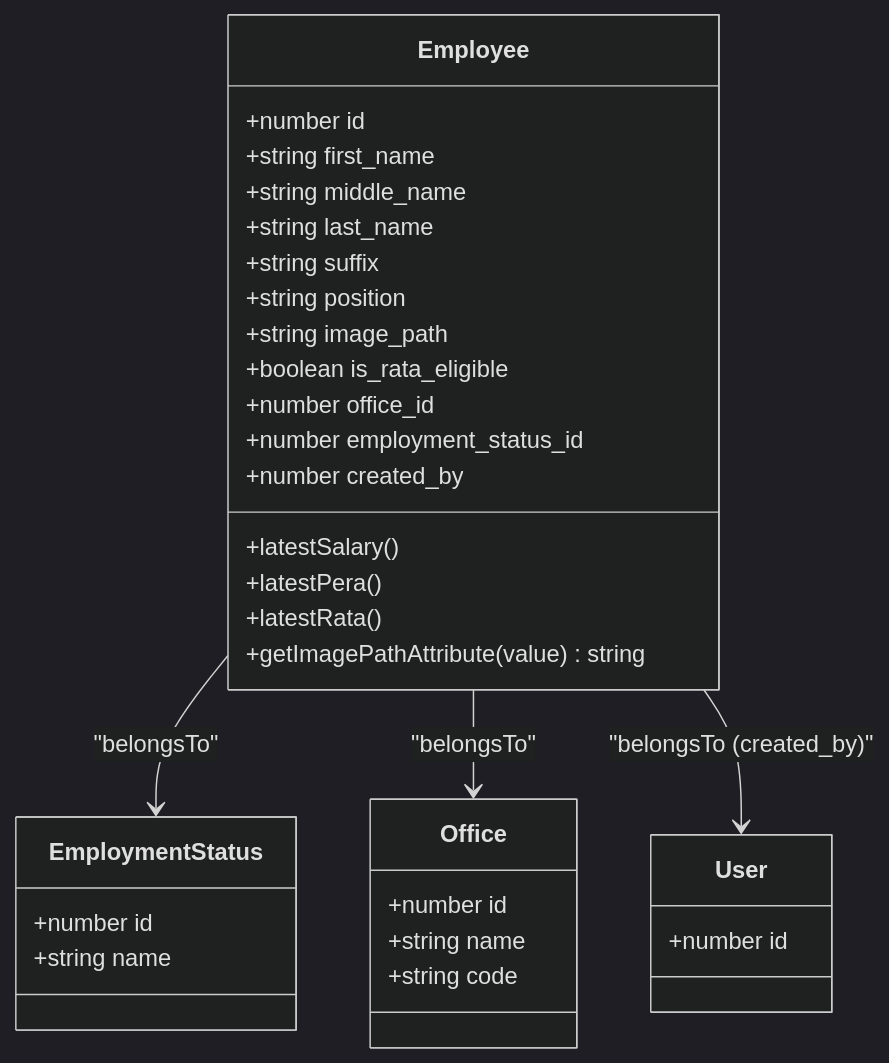
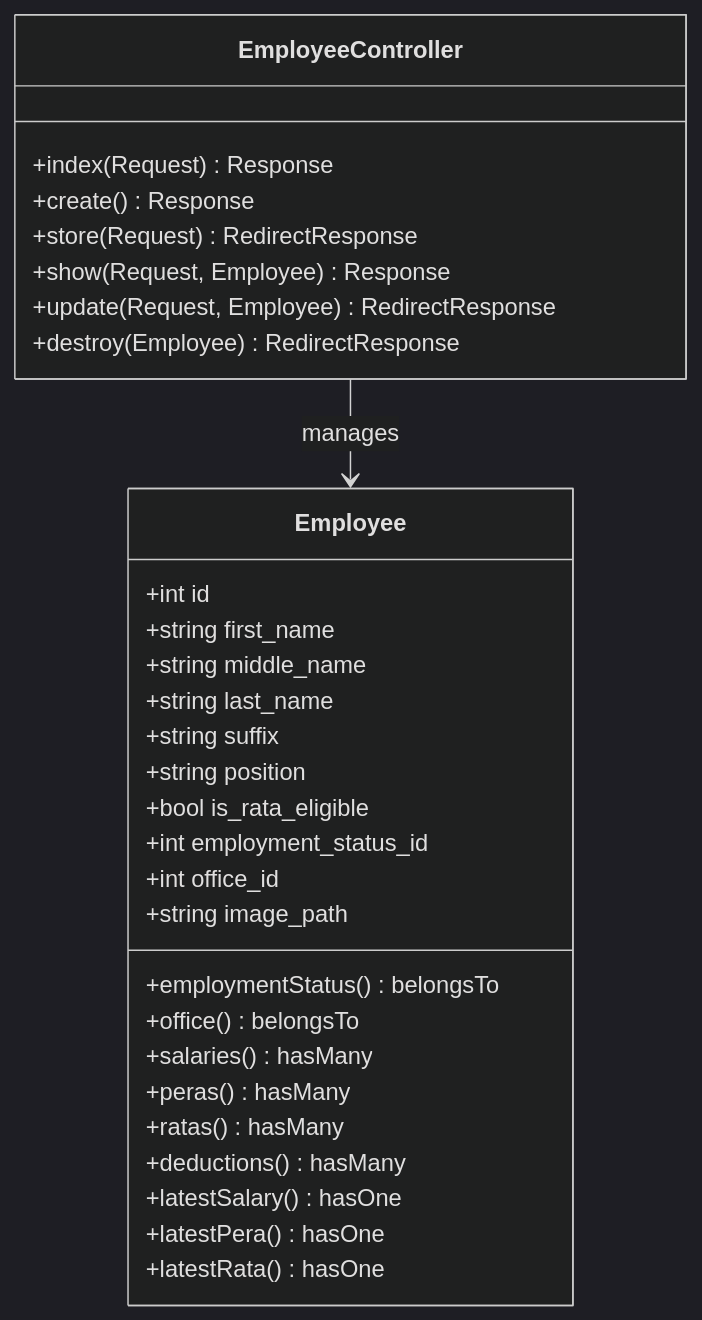
One commit to vincet0t15/template changed the second of 8 diagrams in .qoder/repowiki/en/content/Employee Management/Employee Profile Management.md. Above: the diagram before and after it, drawn with Mermaid (dark theme). The commit also changed other lines of this file and 7 other files, not shown here.

````diff
--- a/.qoder/repowiki/en/content/Employee Management/Employee Profile Management.md
+++ b/.qoder/repowiki/en/content/Employee Management/Employee Profile Management.md
@@ -156,35 +82,33 @@
 ```mermaid
 classDiagram
+class EmployeeController {
++index(Request) Response
++create() Response
++store(Request) RedirectResponse
++show(Request, Employee) Response
++update(Request, Employee) RedirectResponse
++destroy(Employee) RedirectResponse
+}
 class Employee {
-+number id
++int id
 +string first_name
 +string middle_name
 +string last_name
 +string suffix
 +string position
++bool is_rata_eligible
++int employment_status_id
++int office_id
 +string image_path
-+boolean is_rata_eligible
-+number office_id
-+number employment_status_id
-+number created_by
-+latestSalary()
-+latestPera()
-+latestRata()
-+getImagePathAttribute(value) string
++employmentStatus() belongsTo
++office() belongsTo
++salaries() hasMany
++peras() hasMany
++ratas() hasMany
++deductions() hasMany
++latestSalary() hasOne
++latestPera() hasOne
++latestRata() hasOne
 }
-class EmploymentStatus {
-+number id
-+string name
-}
-class Office {
-+number id
-+string name
-+string code
-}
-class User {
-+number id
-}
-Employee --> EmploymentStatus : "belongsTo"
-Employee --> Office : "belongsTo"
-Employee --> User : "belongsTo (created_by)"
+EmployeeController --> Employee : manages
 ```
````
